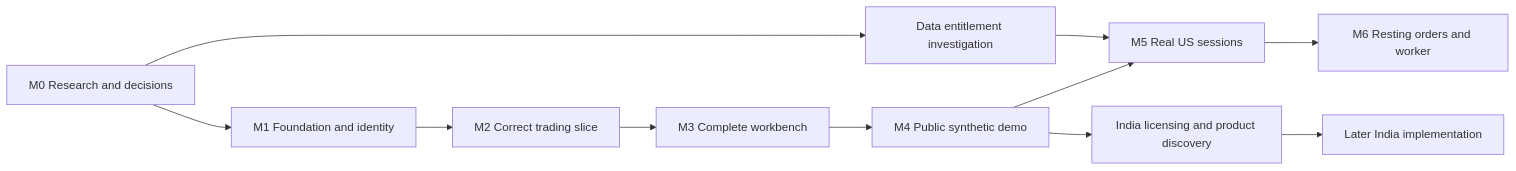
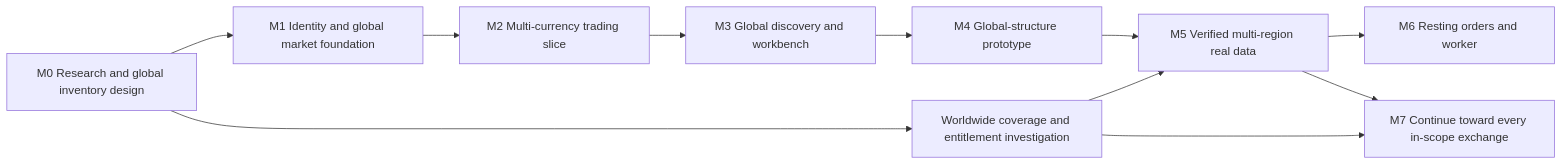
One commit to DuhItzAniket/TradeCrafters changed the diagram in docs/ROADMAP.md. Above: the diagram before and after it, drawn with Mermaid. The commit also changed other lines of this file and 12 other files, not shown here.

Commit message:
docs: redesign scope for worldwide exchanges and multiple currencies

````diff
--- a/docs/ROADMAP.md
+++ b/docs/ROADMAP.md
@@ -19,13 +19,13 @@
 ```mermaid
 flowchart LR
-  R[M0 Research and decisions] --> F[M1 Foundation and identity]
-  F --> T[M2 Correct trading slice]
-  T --> U[M3 Complete workbench]
-  U --> D[M4 Public synthetic demo]
-  R --> L[Data entitlement investigation]
-  D --> S[M5 Real US sessions]
+  R[M0 Research and global inventory design] --> F[M1 Identity and global market foundation]
+  F --> T[M2 Multi-currency trading slice]
+  T --> U[M3 Global discovery and workbench]
+  U --> D[M4 Global-structure prototype]
+  R --> L[Worldwide coverage and entitlement investigation]
+  D --> S[M5 Verified multi-region real data]
   L --> S
   S --> W[M6 Resting orders and worker]
-  D --> I[India licensing and product discovery]
-  I --> N[Later India implementation]
+  S --> N[M7 Continue toward every in-scope exchange]
+  L --> N
 ```
````
